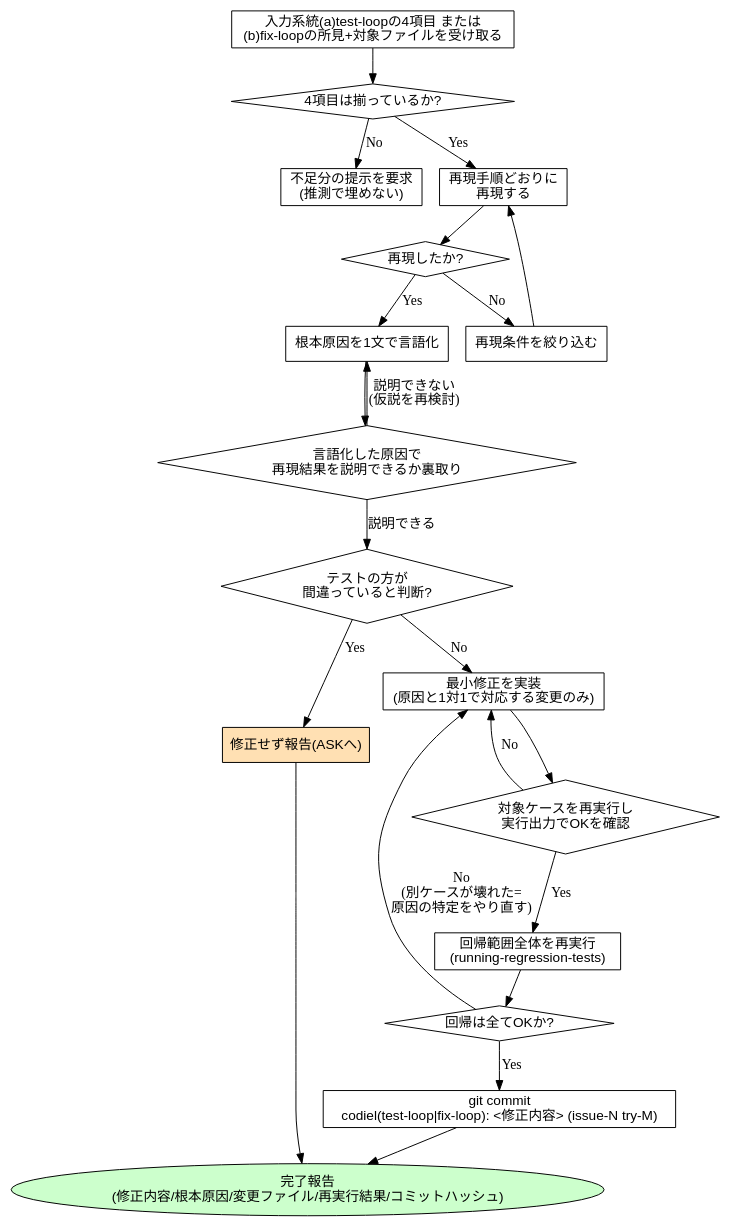
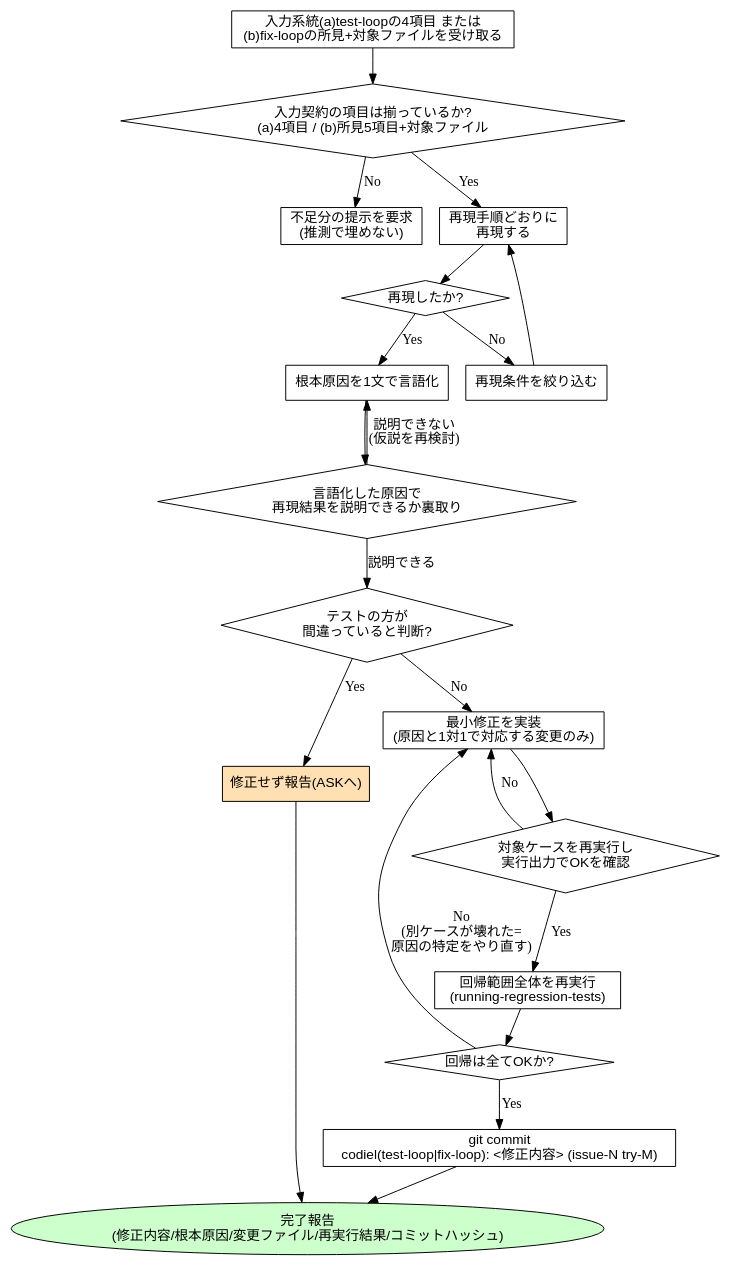
One commit to Amatsuka-kobo/amatsuka-claude-plugins changed the diagram in plugins/codiel/skills/fixing-failures/SKILL.md. Above: the diagram before and after it, drawn with Graphviz. The commit also changed other lines of this file, not shown here.

````diff
--- a/plugins/codiel/skills/fixing-failures/SKILL.md
+++ b/plugins/codiel/skills/fixing-failures/SKILL.md
@@ -89,55 +90,55 @@
 ```dot
 digraph fixing_failures {
   rankdir=TB;
   node [fontname="sans-serif"];
 
   receive [label="入力系統(a)test-loopの4項目 または\n(b)fix-loopの所見+対象ファイルを受け取る", shape=box];
-  complete_input [label="4項目は揃っているか?", shape=diamond];
+  complete_input [label="入力契約の項目は揃っているか?\n(a)4項目 / (b)所見5項目+対象ファイル", shape=diamond];
   request_more [label="不足分の提示を要求\n(推測で埋めない)", shape=box];
 
   reproduce [label="再現手順どおりに\n再現する", shape=box];
   reproduced [label="再現したか?", shape=diamond];
   narrow [label="再現条件を絞り込む", shape=box];
 
   hypothesize [label="根本原因を1文で言語化", shape=box];
   verify_cause [label="言語化した原因で\n再現結果を説明できるか裏取り", shape=diamond];
 
   spec_wrong [label="テストの方が\n間違っていると判断?", shape=diamond];
   escalate [label="修正せず報告(ASKへ)", shape=box, style=filled, fillcolor="#ffe0b3"];
 
   minimal_fix [label="最小修正を実装\n(原因と1対1で対応する変更のみ)", shape=box];
   verify_target [label="対象ケースを再実行し\n実行出力でOKを確認", shape=diamond];
   regress_all [label="回帰範囲全体を再実行\n(running-regression-tests)", shape=box];
   regress_ok [label="回帰は全てOKか?", shape=diamond];
 
   commit [label="git commit\ncodiel(test-loop|fix-loop): <修正内容> (issue-N try-M)", shape=box];
   report [label="完了報告\n(修正内容/根本原因/変更ファイル/再実行結果/コミットハッシュ)", shape=ellipse, style=filled, fillcolor="#ccffcc"];
 
   receive -> complete_input;
   complete_input -> request_more [label="No"];
   complete_input -> reproduce [label="Yes"];
 
   reproduce -> reproduced;
   reproduced -> narrow [label="No"];
   narrow -> reproduce;
   reproduced -> hypothesize [label="Yes"];
 
   hypothesize -> verify_cause;
   verify_cause -> hypothesize [label="説明できない\n(仮説を再検討)"];
   verify_cause -> spec_wrong [label="説明できる"];
 
   spec_wrong -> escalate [label="Yes"];
   spec_wrong -> minimal_fix [label="No"];
 
   minimal_fix -> verify_target;
   verify_target -> minimal_fix [label="No"];
   verify_target -> regress_all [label="Yes"];
 
   regress_all -> regress_ok;
   regress_ok -> minimal_fix [label="No\n(別ケースが壊れた=\n原因の特定をやり直す)"];
   regress_ok -> commit [label="Yes"];
 
   commit -> report;
   escalate -> report;
 }
 ```
````
